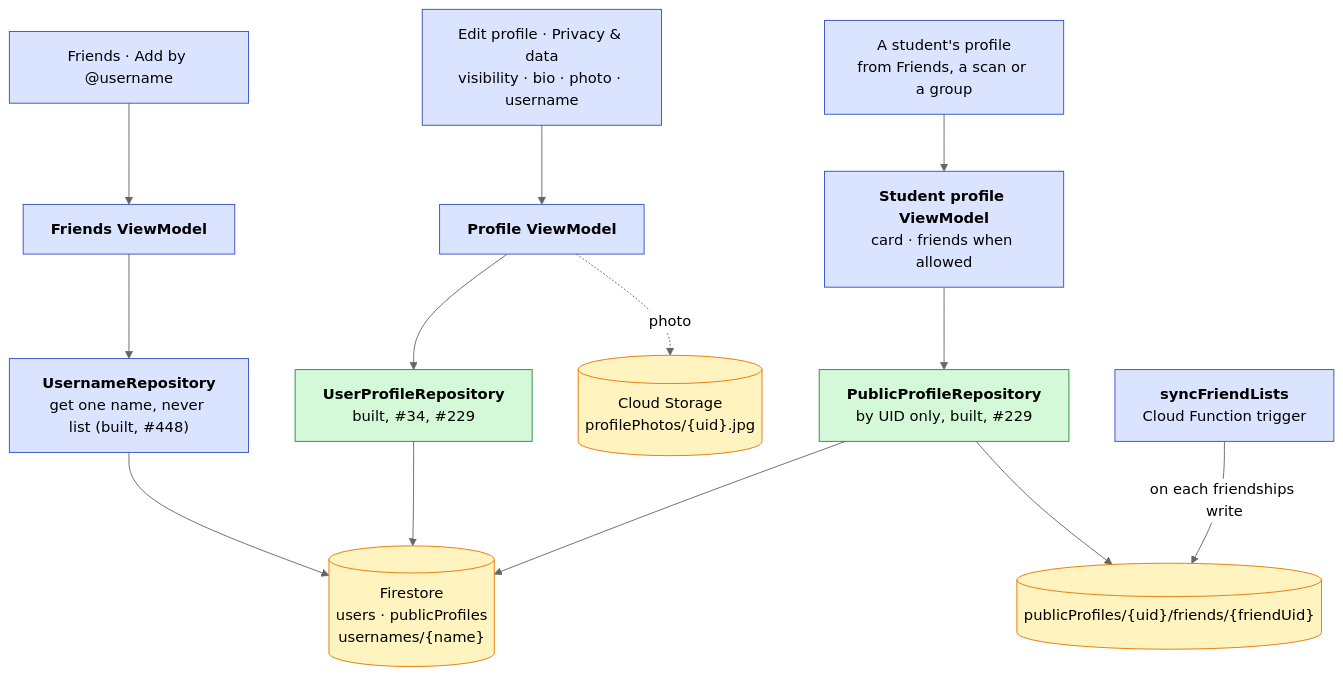
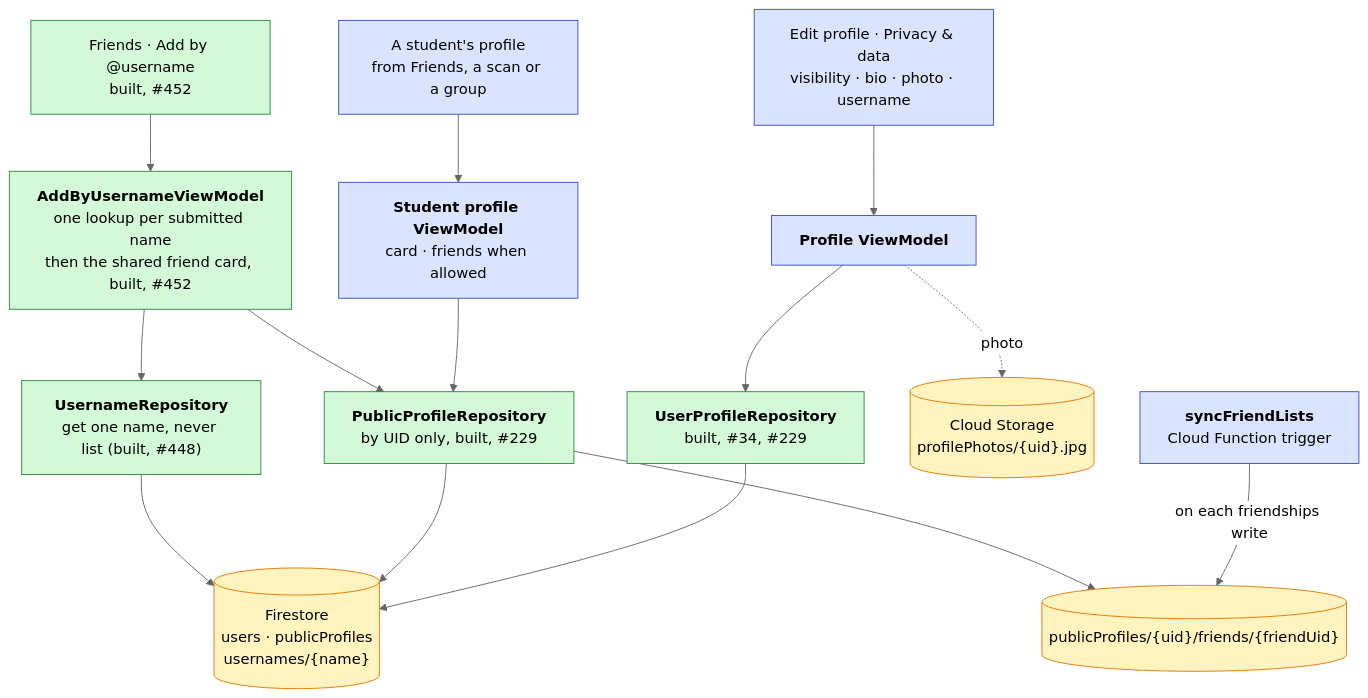
Before and after one commit to swent-polysocial/PolySocial: the ninth of 16 diagrams in docs/Architecture-Diagram.md, drawn with Mermaid (neutral theme). The commit also changed other lines of this file and 1 other file, not shown here.

Commit message:
docs(friend): record adding by username
Mark Add by @username and the shared friend card as built in the
Architecture Diagram (3.9, the friends section and the backlog table),
and record in CONTEXT.md that any new place showing a student with a
friend button reuses FriendCardController and FriendCardScreen.

Refs #452

````diff
--- a/docs/Architecture-Diagram.md
+++ b/docs/Architecture-Diagram.md
@@ -661,19 +662,20 @@
 ```mermaid
 flowchart TB
   classDef pb fill:#dbe4ff,stroke:#364fc7,color:#000
   classDef ext fill:#fff3bf,stroke:#e67700,color:#000
   classDef s1 fill:#d3f9d8,stroke:#2b8a3e,color:#000
 
   edit["Edit profile · Privacy & data<br/>visibility · bio · photo · username"]:::pb --> profVM["<b>Profile ViewModel</b>"]:::pb
   other["A student's profile<br/>from Friends, a scan or a group"]:::pb --> otherVM["<b>Student profile ViewModel</b><br/>card · friends when allowed"]:::pb
-  add["Friends · Add by @username"]:::pb --> friendsVM["<b>Friends ViewModel</b>"]:::pb
+  add["Friends · Add by @username<br/>built, #452"]:::s1 --> addVM["<b>AddByUsernameViewModel</b><br/>one lookup per submitted name<br/>then the shared friend card, built, #452"]:::s1
   profVM --> userRepo["<b>UserProfileRepository</b><br/>built, #34, #229"]:::s1
   otherVM --> pub["<b>PublicProfileRepository</b><br/>by UID only, built, #229"]:::s1
-  friendsVM --> names["<b>UsernameRepository</b><br/>get one name, never list (built, #448)"]:::pb
+  addVM --> names["<b>UsernameRepository</b><br/>get one name, never list (built, #448)"]:::s1
+  addVM --> pub
   userRepo --> fs[("Firestore<br/>users · publicProfiles<br/>usernames/{name}")]:::ext
   pub --> fs
   names --> fs
   profVM -. photo .-> storage[("Cloud Storage<br/>profilePhotos/{uid}.jpg")]:::ext
   sync["<b>syncFriendLists</b><br/>Cloud Function trigger"]:::pb -- "on each friendships write" --> flist[("publicProfiles/{uid}/friends/{friendUid}")]:::ext
   pub --> flist
 ```
````
